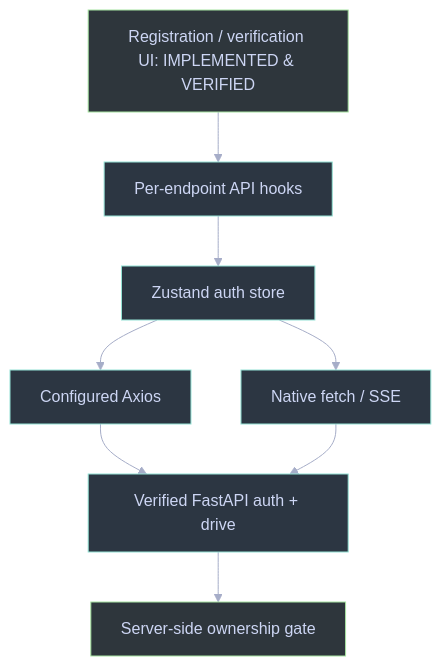
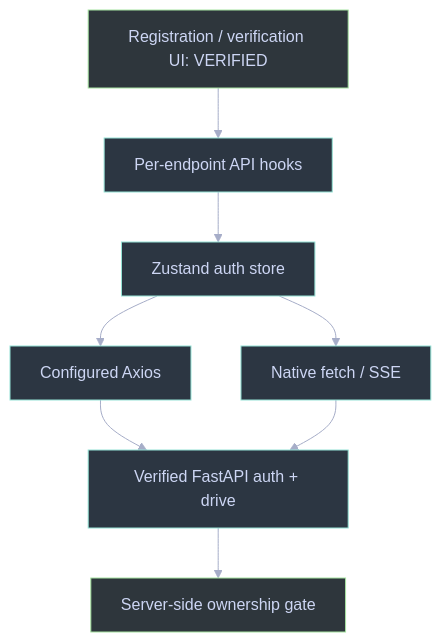
Before and after one commit to RyxnDmello/atlas: the fourth of 4 diagrams in client/AGENTS.md, drawn with Mermaid. The commit also changed other lines of this file and 23 other files, not shown here.

````diff
--- a/client/AGENTS.md
+++ b/client/AGENTS.md
@@ -617,22 +607,22 @@
 ```mermaid
 %%{init: {'theme': 'base', 'themeVariables': {'background': '#1e1e2e', 'primaryColor': '#45475a', 'primaryTextColor': '#cdd6f4', 'primaryBorderColor': '#89b4fa', 'lineColor': '#a6adc8', 'secondaryColor': '#313244', 'tertiaryColor': '#181825', 'fontFamily': 'Inter, sans-serif'}}}%%
 flowchart TD
-    UI["Registration / verification UI: IMPLEMENTED & VERIFIED"] --> Hooks["Per-endpoint API hooks"]
+    UI["Registration / verification UI: VERIFIED"] --> Hooks["Per-endpoint API hooks"]
     Hooks --> Session["Zustand auth store"]
     Session --> Axios["Configured Axios"]
     Session --> Fetch["Native fetch / SSE"]
     Axios --> API["Verified FastAPI auth + drive"]
     Fetch --> API
     API --> Guard["Server-side ownership gate"]
     class UI verified;
     class Hooks,Session,Axios,Fetch service;
     class API service;
     class Guard verified;
     classDef client fill:#2b3046,stroke:#89b4fa,stroke-width:1px,color:#cdd6f4;
     classDef service fill:#2c3642,stroke:#94e2d5,stroke-width:1px,color:#cdd6f4;
     classDef storage fill:#332e46,stroke:#cba6f7,stroke-width:1px,color:#cdd6f4;
     classDef verified fill:#2e363c,stroke:#a6e3a1,stroke-width:1px,color:#cdd6f4;
     classDef planned fill:#30323f,stroke:#b4befe,stroke-width:1px,color:#cdd6f4;
     classDef caution fill:#38362e,stroke:#f9e2af,stroke-width:1px,color:#cdd6f4;
     classDef denied fill:#39303d,stroke:#f38ba8,stroke-width:1px,color:#cdd6f4;
 ```
````
